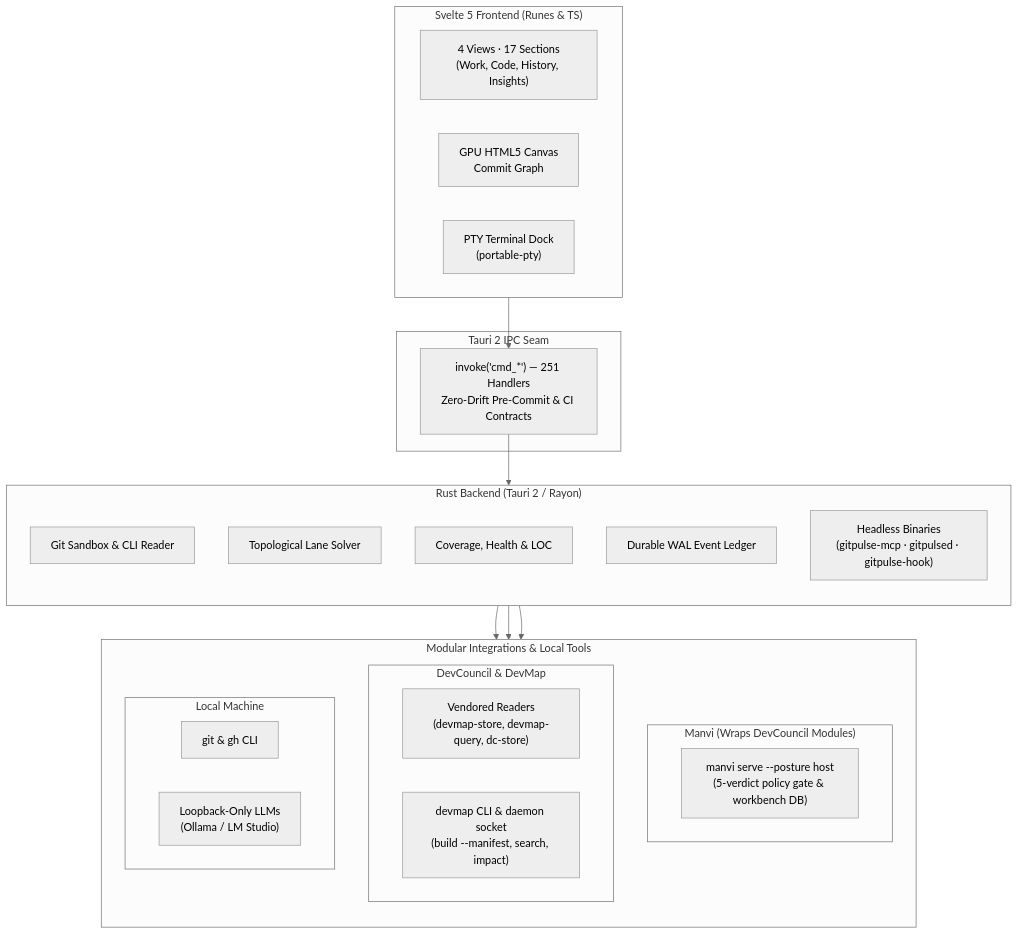
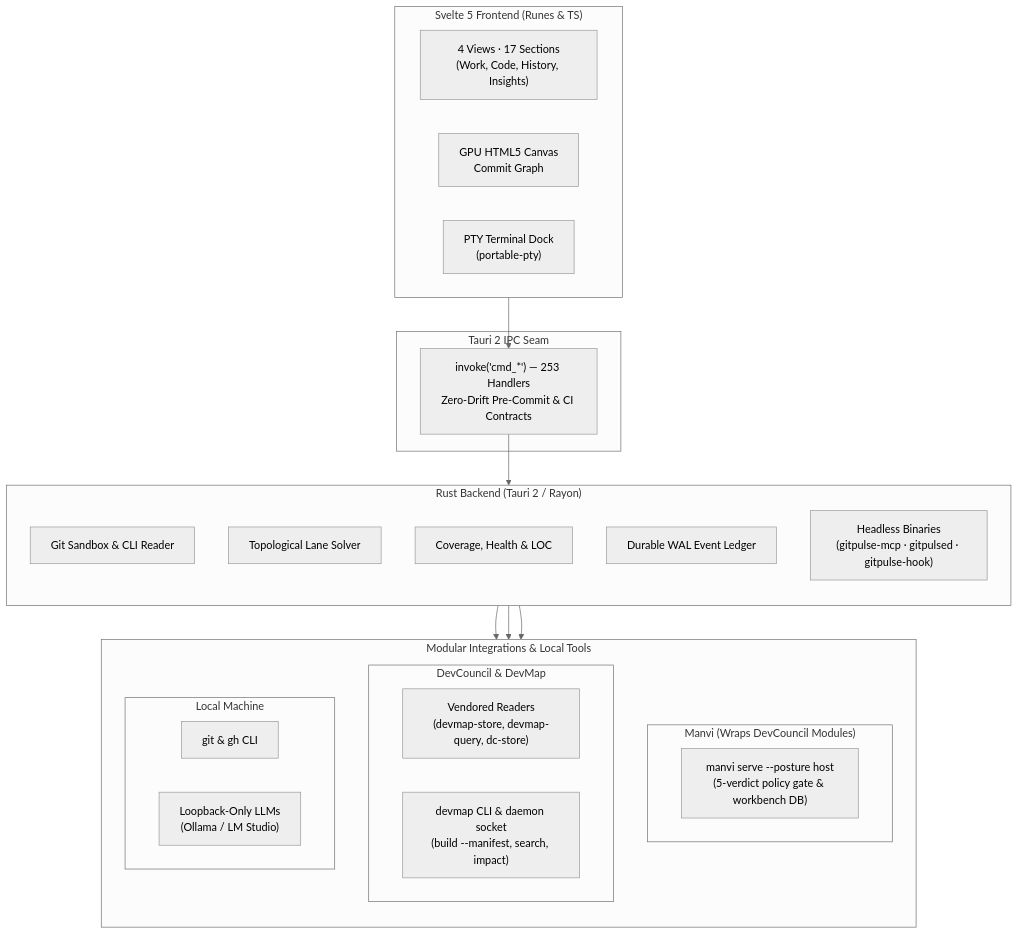
The diagram in README.md (bharathvbcr/GitPulse), drawn with Mermaid (neutral theme) before and after one commit. The commit also changed 22 other files, not shown here.

````diff
--- a/README.md
+++ b/README.md
@@ -116,43 +116,43 @@
 ```mermaid
 flowchart TB
     subgraph Frontend["Svelte 5 Frontend (Runes & TS)"]
         direction LR
         Views["4 Views · 17 Sections<br/>(Work, Code, History, Insights)"]
         Canvas["GPU HTML5 Canvas<br/>Commit Graph"]
         TerminalDock["PTY Terminal Dock<br/>(portable-pty)"]
     end
 
     subgraph IPC["Tauri 2 IPC Seam"]
-        Bridge["invoke('cmd_*') — 251 Handlers<br/>Zero-Drift Pre-Commit & CI Contracts"]
+        Bridge["invoke('cmd_*') — 253 Handlers<br/>Zero-Drift Pre-Commit & CI Contracts"]
     end
 
     subgraph Backend["Rust Backend (Tauri 2 / Rayon)"]
         direction TB
         GitEngine["Git Sandbox & CLI Reader"]
         LaneSolver["Topological Lane Solver"]
         Analyzers["Coverage, Health & LOC"]
         Ledger["Durable WAL Event Ledger"]
         Headless["Headless Binaries<br/>(gitpulse-mcp · gitpulsed · gitpulse-hook)"]
     end
 
     subgraph Integrations["Modular Integrations & Local Tools"]
         direction TB
         subgraph ManviWrap["Manvi (Wraps DevCouncil Modules)"]
             ManviSidecar["manvi serve --posture host<br/>(5-verdict policy gate & workbench DB)"]
         end
         subgraph DevCouncilMods["DevCouncil & DevMap"]
             Vendored["Vendored Readers<br/>(devmap-store, devmap-query, dc-store)"]
             DevMapCLI["devmap CLI & daemon socket<br/>(build --manifest, search, impact)"]
         end
         subgraph LocalTools["Local Machine"]
             CLI["git & gh CLI"]
             LocalLLM["Loopback-Only LLMs<br/>(Ollama / LM Studio)"]
         end
     end
 
     Frontend --> Bridge
     Bridge --> Backend
     Backend --> ManviWrap
     Backend --> DevCouncilMods
     Backend --> LocalTools
 ```
````
